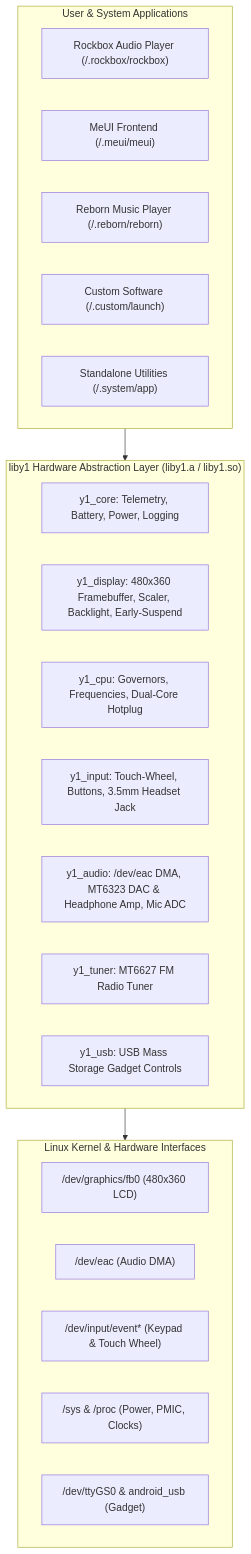
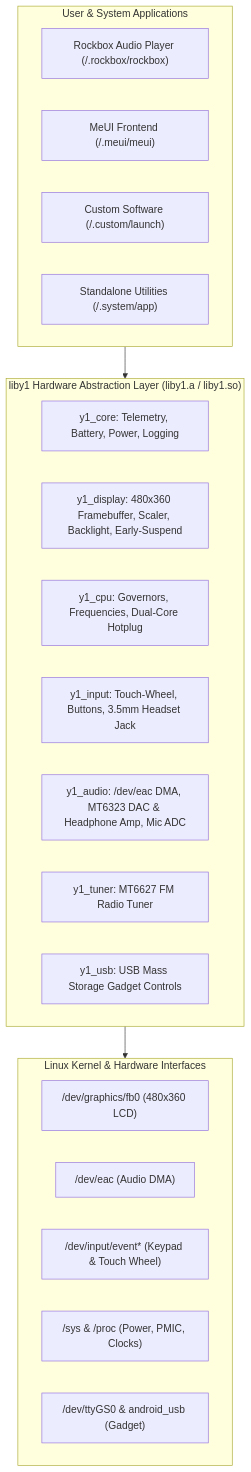
Before and after one commit to norocoral/nugget-y1: the diagram in docs/LIBY1_GUIDE.md, drawn with Mermaid. The commit also changed other lines of this file and 26 other files, not shown here.

````diff
--- a/docs/LIBY1_GUIDE.md
+++ b/docs/LIBY1_GUIDE.md
@@ -50,31 +50,30 @@
 ```mermaid
 flowchart TD
     subgraph APPLICATIONS["User & System Applications"]
         RB["Rockbox Audio Player (/.rockbox/rockbox)"]
         MEUI["MeUI Frontend (/.meui/meui)"]
-        REBORN["Reborn Music Player (/.reborn/reborn)"]
         CUSTOM["Custom Software (/.custom/launch)"]
         DEMO["Standalone Utilities (/.system/app)"]
     end
 
     subgraph LIBY1["liby1 Hardware Abstraction Layer (liby1.a / liby1.so)"]
         CORE["y1_core: Telemetry, Battery, Power, Logging"]
         DISP["y1_display: 480x360 Framebuffer, Scaler, Backlight, Early-Suspend"]
         CPU["y1_cpu: Governors, Frequencies, Dual-Core Hotplug"]
         INP["y1_input: Touch-Wheel, Buttons, 3.5mm Headset Jack"]
         AUDIO["y1_audio: /dev/eac DMA, MT6323 DAC & Headphone Amp, Mic ADC"]
         TUNER["y1_tuner: MT6627 FM Radio Tuner"]
         USB["y1_usb: USB Mass Storage Gadget Controls"]
     end
 
     subgraph KERNEL["Linux Kernel & Hardware Interfaces"]
         FB["/dev/graphics/fb0 (480x360 LCD)"]
         EAC["/dev/eac (Audio DMA)"]
         EV["/dev/input/event* (Keypad & Touch Wheel)"]
         SYSFS["/sys & /proc (Power, PMIC, Clocks)"]
         USBG["/dev/ttyGS0 & android_usb (Gadget)"]
     end
 
     APPLICATIONS --> LIBY1
     LIBY1 --> KERNEL
 ```
````
